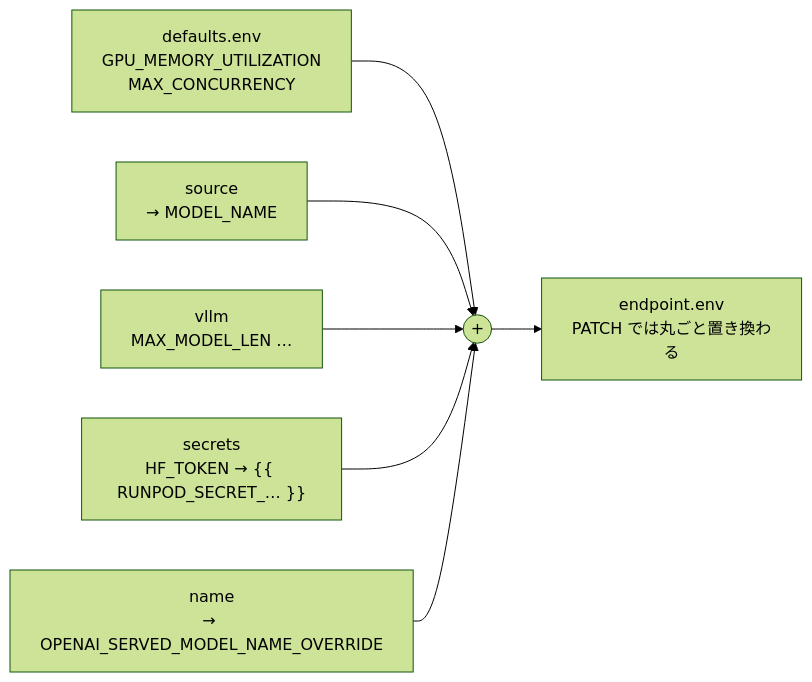
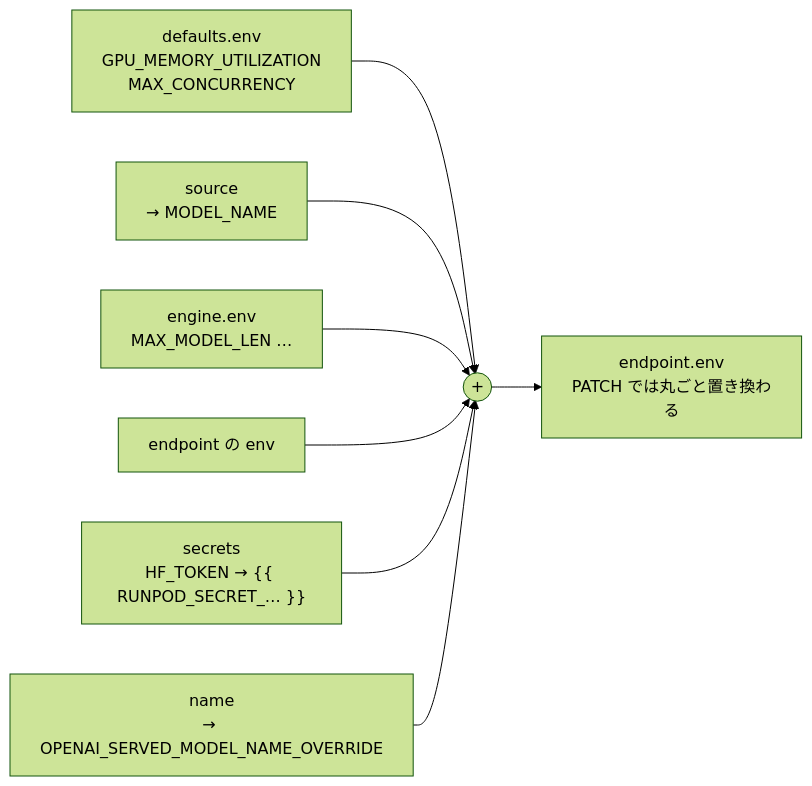
Before and after one commit to YuSa0-6/loorel: the fifth of 7 diagrams in README.md, drawn with Mermaid (forest theme). The commit also changed other lines of this file and 8 other files, not shown here.

First line of the commit message:
feat: add engine (vllm, decision) to endpoint definitions (#17)

````diff
--- a/README.md
+++ b/README.md
@@ -419,9 +460,10 @@
 ```mermaid
 flowchart LR
   D["defaults.env<br>GPU_MEMORY_UTILIZATION<br>MAX_CONCURRENCY"] --> M(("+"))
   SRC["source<br>→ MODEL_NAME"] --> M
-  V["vllm<br>MAX_MODEL_LEN …"] --> M
+  V["engine.env<br>MAX_MODEL_LEN …"] --> M
+  EP["endpoint の env"] --> M
   S["secrets<br>HF_TOKEN → {{ RUNPOD_SECRET_… }}"] --> M
   N["name<br>→ OPENAI_SERVED_MODEL_NAME_OVERRIDE"] --> M
   M --> E["endpoint.env<br>PATCH では丸ごと置き換わる"]
 ```
````
